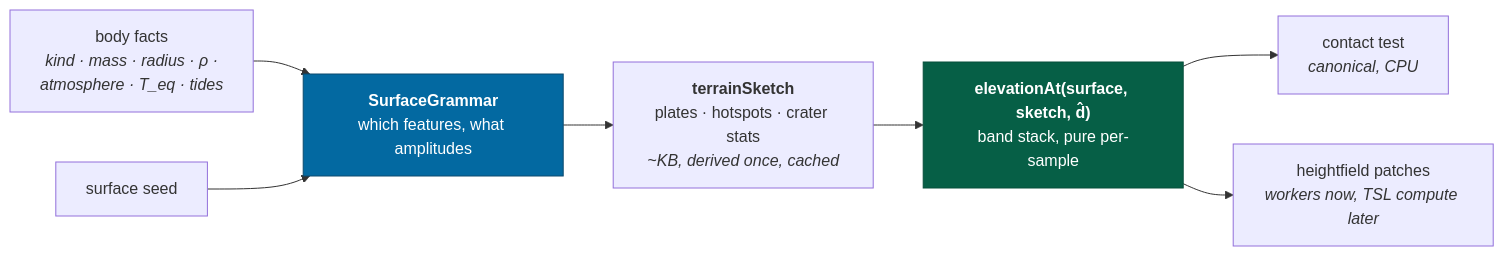
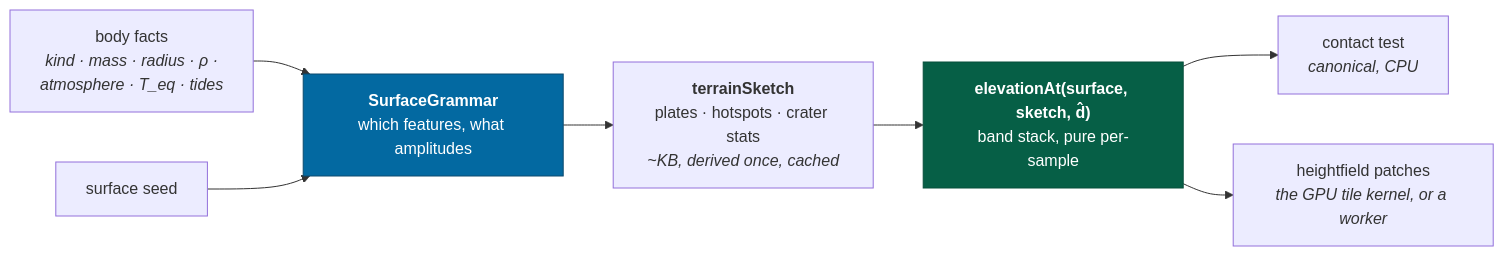
One commit to jonjaques/inertialref changed the diagram in TERRAIN-PLAN.md. Above: the diagram before and after it, drawn with Mermaid. The commit also changed other lines of this file and 51 other files, not shown here.

First line of the commit message:
feat(render): heightfields come from a GPU tile producer, and the first frame has a camera (#44)

````diff
--- a/TERRAIN-PLAN.md
+++ b/TERRAIN-PLAN.md
@@ -172,12 +172,12 @@
 ```mermaid
 flowchart LR
     FACTS["body facts<br/><i>kind · mass · radius · ρ ·<br/>atmosphere · T_eq · tides</i>"] --> GRAMMAR["<b>SurfaceGrammar</b><br/>which features, what amplitudes"]
     SEED["surface seed"] --> GRAMMAR
     GRAMMAR --> SKETCH["<b>terrainSketch</b><br/>plates · hotspots · crater stats<br/><i>~KB, derived once, cached</i>"]
     SKETCH --> SAMPLE["<b>elevationAt(surface, sketch, d̂)</b><br/>band stack, pure per-sample"]
     SAMPLE --> PHYS["contact test<br/><i>canonical, CPU</i>"]
-    SAMPLE --> PATCH["heightfield patches<br/><i>workers now, TSL compute later</i>"]
+    SAMPLE --> PATCH["heightfield patches<br/><i>the GPU tile kernel, or a worker</i>"]
 
     style GRAMMAR fill:#0369a1,stroke:#0c4a6e,color:#fff
     style SAMPLE fill:#065f46,stroke:#064e3b,color:#fff
 ```
````
